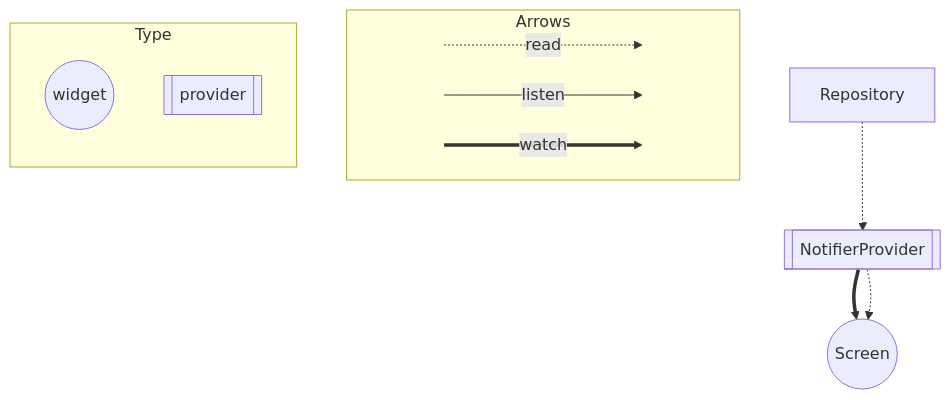
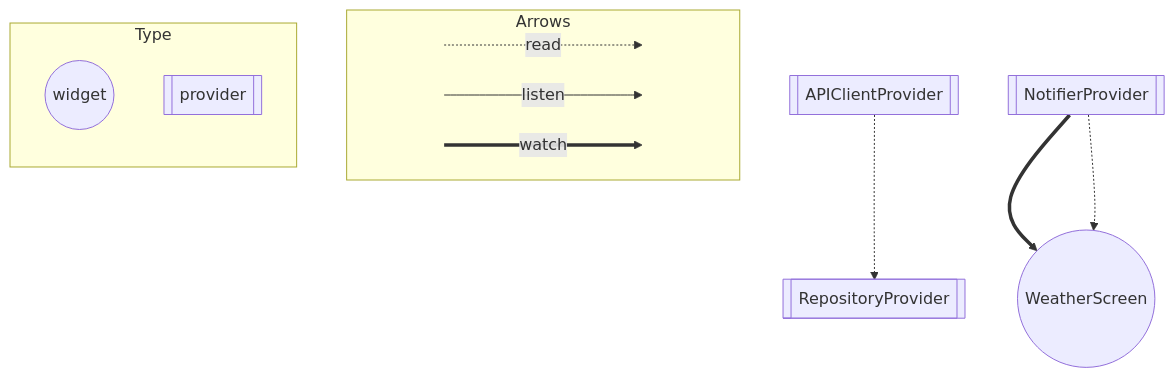
Before and after one commit to macneko-ayu/yumemi-flutter-training: the diagram in ARCHITECTURE.md, drawn with Mermaid.

Commit message:
chore: ARCHITECTURE.md の依存関係の解説を修正した

````diff
--- a/ARCHITECTURE.md
+++ b/ARCHITECTURE.md
@@ -22,27 +22,29 @@
 ```mermaid
 flowchart TB
   subgraph Arrows
     direction LR
     start1[ ] -..->|read| stop1[ ]
     style start1 height:0px;
     style stop1 height:0px;
     start2[ ] --->|listen| stop2[ ]
     style start2 height:0px;
     style stop2 height:0px;
     start3[ ] ===>|watch| stop3[ ]
     style start3 height:0px;
     style stop3 height:0px;
   end
   subgraph Type
     direction TB
     ConsumerWidget((widget));
     Provider[[provider]];
   end
 
+  RepositoryProvider[["RepositoryProvider"]];
+  APIClientProvider[["APIClientProvider"]];
   NotifierProvider[["NotifierProvider"]];
-  Screen((Screen));
+  Screen((WeatherScreen));
 
   NotifierProvider ==> Screen;
   NotifierProvider -.-> Screen;
-  Repository -.-> NotifierProvider;
+  APIClientProvider -.-> RepositoryProvider;
 ```
````
